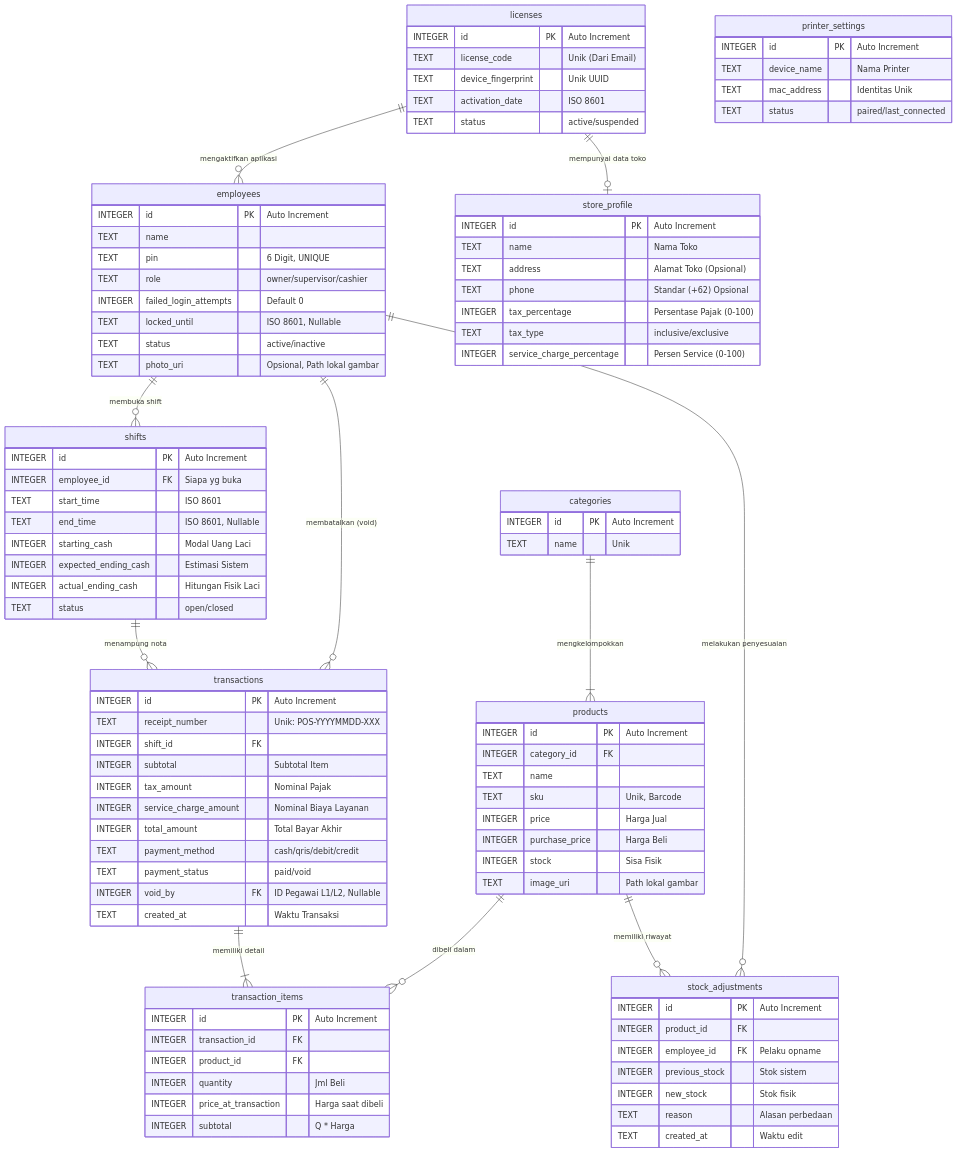
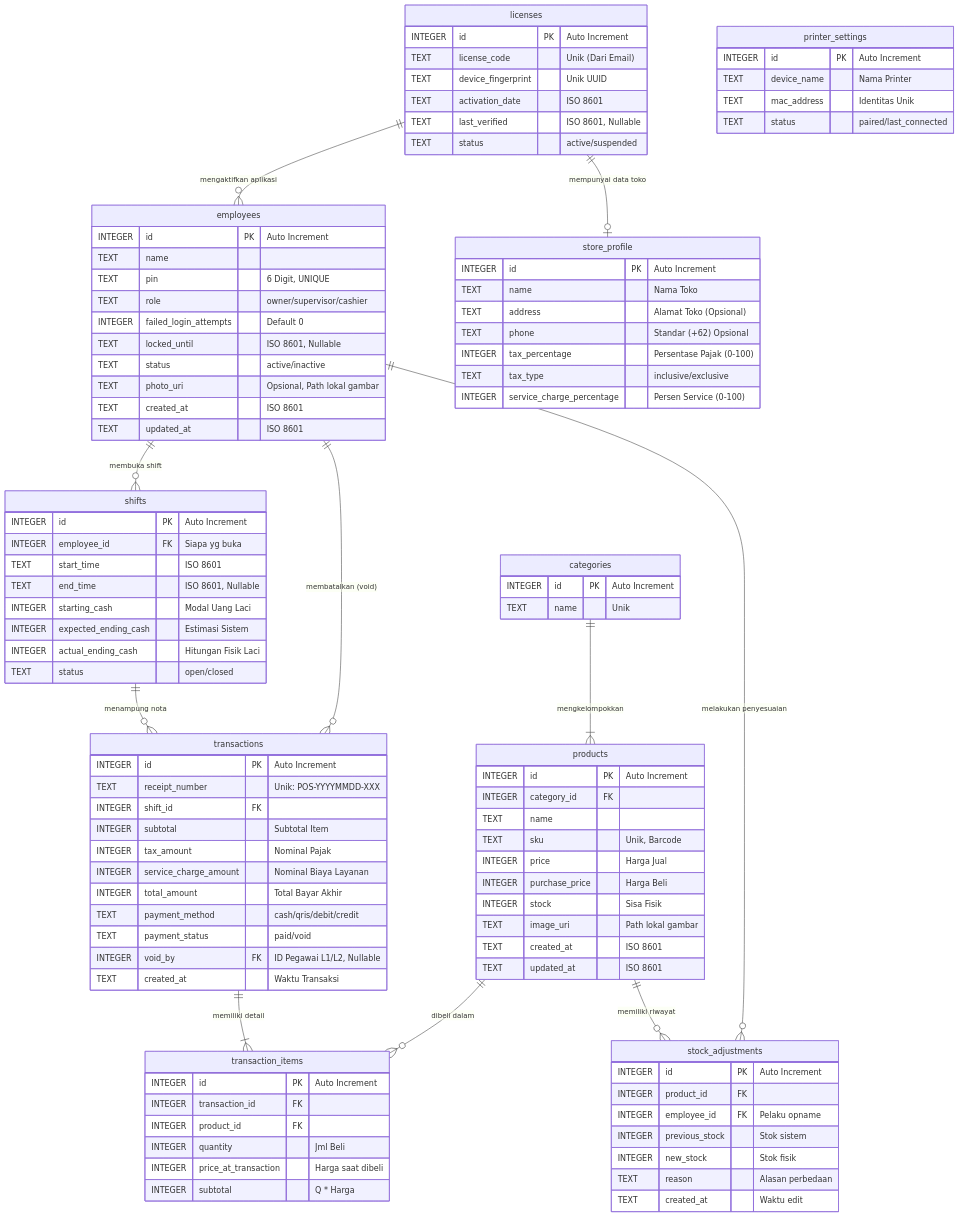
Before and after one commit to wahyukurniaaaa/pos-saas: the diagram in erd_posify.md, drawn with Mermaid. The commit also changed 4 other files, not shown here.

```diff
--- a/erd_posify.md
+++ b/erd_posify.md
@@ -30,6 +30,7 @@
         TEXT license_code "Unik (Dari Email)"
         TEXT device_fingerprint "Unik UUID"
         TEXT activation_date "ISO 8601"
+        TEXT last_verified "ISO 8601, Nullable"
         TEXT status "active/suspended"
     }
 
@@ -42,6 +43,8 @@
         TEXT locked_until "ISO 8601, Nullable"
         TEXT status "active/inactive"
         TEXT photo_uri "Opsional, Path lokal gambar"
+        TEXT created_at "ISO 8601"
+        TEXT updated_at "ISO 8601"
     }
 
     store_profile {
@@ -68,6 +71,8 @@
         INTEGER purchase_price "Harga Beli"
         INTEGER stock "Sisa Fisik"
         TEXT image_uri "Path lokal gambar"
+        TEXT created_at "ISO 8601"
+        TEXT updated_at "ISO 8601"
     }
 
     shifts {
```
